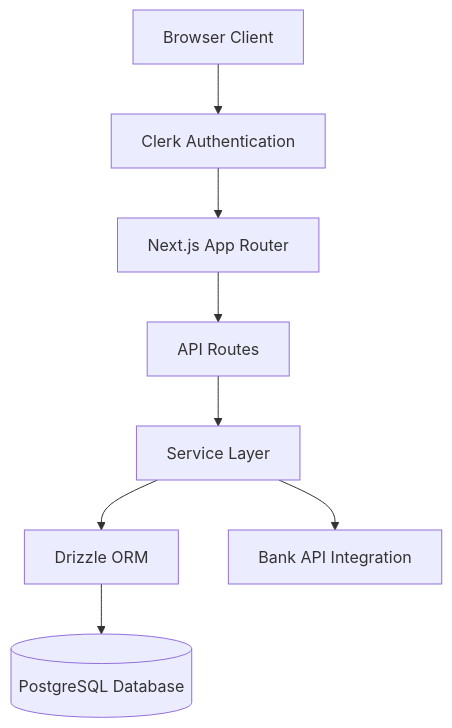
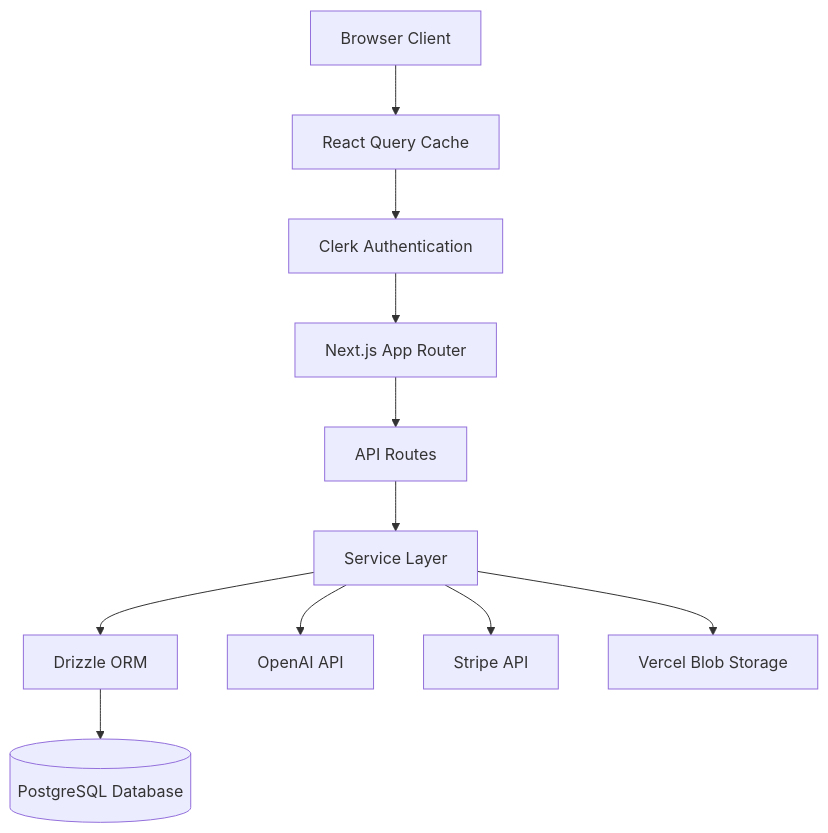
One commit to realshaunoneill/SmartSpend changed the first of 6 diagrams in .kiro/specs/receipt-spending-tracker/design.md. Above: the diagram before and after it, drawn with Mermaid. The commit also changed other lines of this file and 1 other file, not shown here.

Commit message:
Remove bank requirements

````diff
--- a/.kiro/specs/receipt-spending-tracker/design.md
+++ b/.kiro/specs/receipt-spending-tracker/design.md
@@ -18,19 +21,25 @@
 ```mermaid
 graph TB
     Client[Browser Client]
     ClerkAuth[Clerk Authentication]
     NextApp[Next.js App Router]
     APIRoutes[API Routes]
     Services[Service Layer]
     Drizzle[Drizzle ORM]
     PostgreSQL[(PostgreSQL Database)]
-    BankAPI[Bank API Integration]
+    OpenAI[OpenAI API]
+    Stripe[Stripe API]
+    VercelBlob[Vercel Blob Storage]
+    ReactQuery[React Query Cache]
     
-    Client --> ClerkAuth
+    Client --> ReactQuery
+    ReactQuery --> ClerkAuth
     ClerkAuth --> NextApp
     NextApp --> APIRoutes
     APIRoutes --> Services
     Services --> Drizzle
     Drizzle --> PostgreSQL
-    Services --> BankAPI
+    Services --> OpenAI
+    Services --> Stripe
+    Services --> VercelBlob
 ```
````
